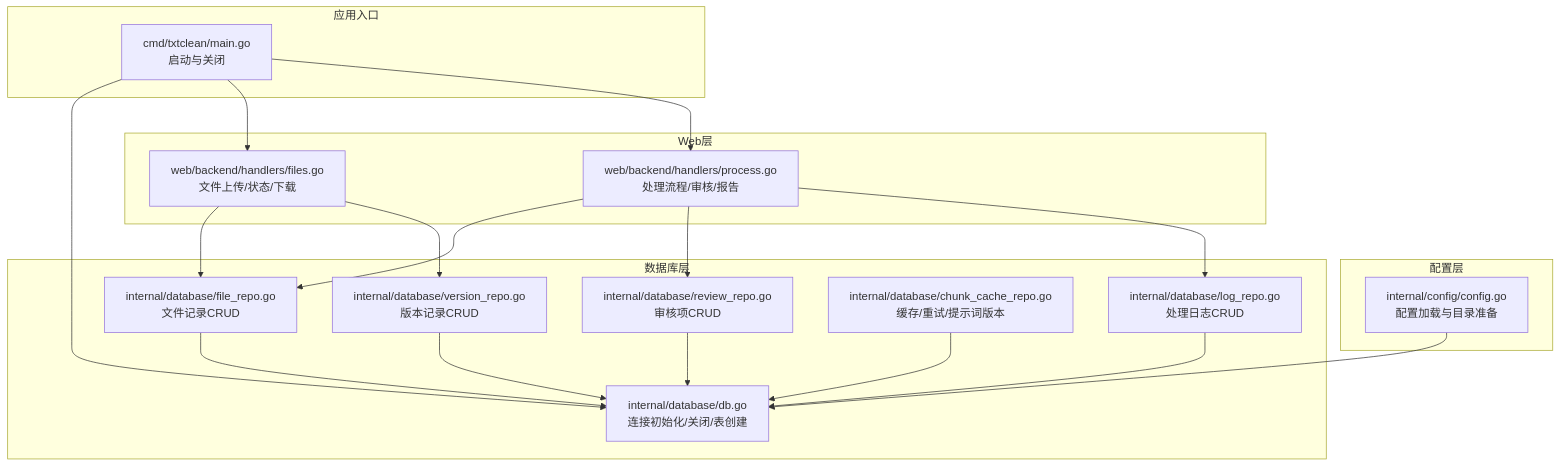
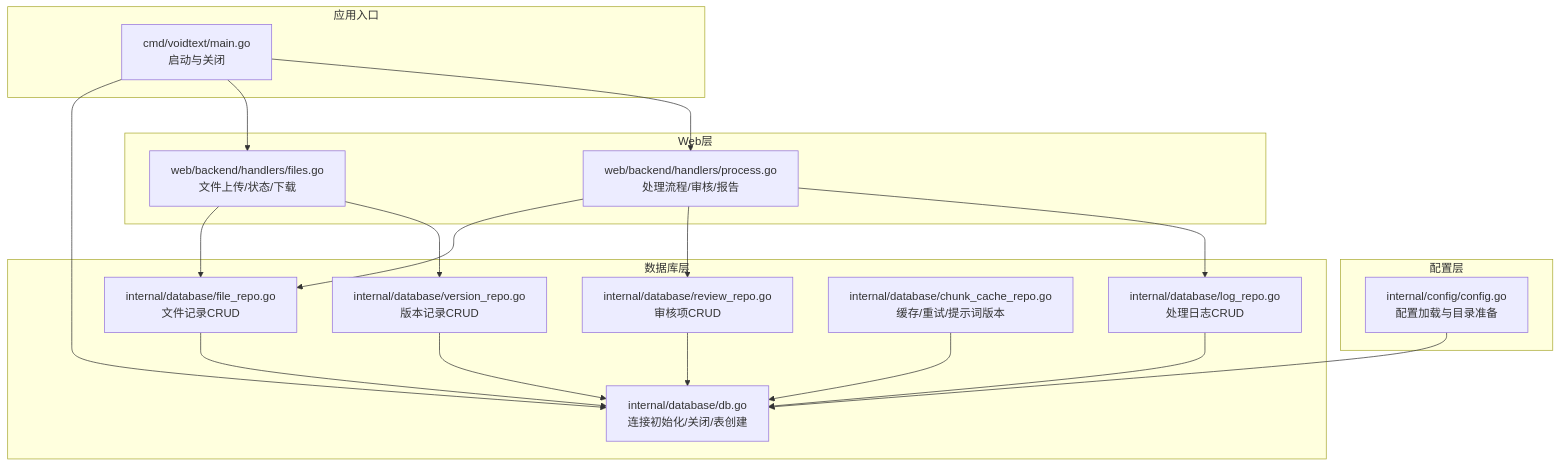
One commit to handy-h/VoidText changed the first of 6 diagrams in repowikis/数据库设计/数据库架构概览.md. Above: the diagram before and after it, drawn with Mermaid. The commit also changed other lines of this file and 101 other files, not shown here.

````diff
--- a/repowikis/数据库设计/数据库架构概览.md
+++ b/repowikis/数据库设计/数据库架构概览.md
@@ -43,35 +43,35 @@
 ```mermaid
 graph TB
 subgraph "应用入口"
-M["cmd/txtclean/main.go<br/>启动与关闭"]
+M["cmd/voidtext/main.go<br/>启动与关闭"]
 end
 subgraph "配置层"
 C["internal/config/config.go<br/>配置加载与目录准备"]
 end
 subgraph "数据库层"
 D["internal/database/db.go<br/>连接初始化/关闭/表创建"]
 FR["internal/database/file_repo.go<br/>文件记录CRUD"]
 RR["internal/database/review_repo.go<br/>审核项CRUD"]
 LR["internal/database/log_repo.go<br/>处理日志CRUD"]
 VR["internal/database/version_repo.go<br/>版本记录CRUD"]
 CR["internal/database/chunk_cache_repo.go<br/>缓存/重试/提示词版本"]
 end
 subgraph "Web层"
 HF["web/backend/handlers/files.go<br/>文件上传/状态/下载"]
 HP["web/backend/handlers/process.go<br/>处理流程/审核/报告"]
 end
 M --> D
 M --> HF
 M --> HP
 C --> D
 HF --> FR
 HF --> VR
 HP --> FR
 HP --> RR
 HP --> LR
 FR --> D
 RR --> D
 LR --> D
 VR --> D
 CR --> D
 ```
````
